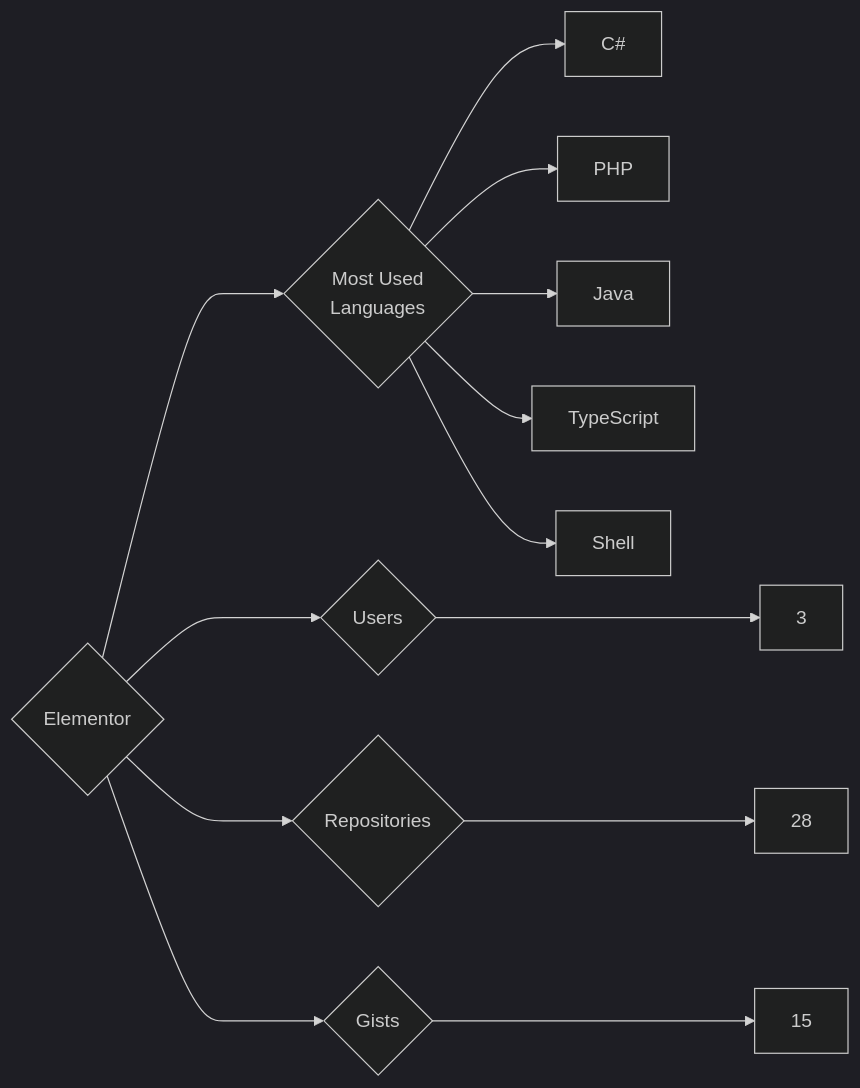
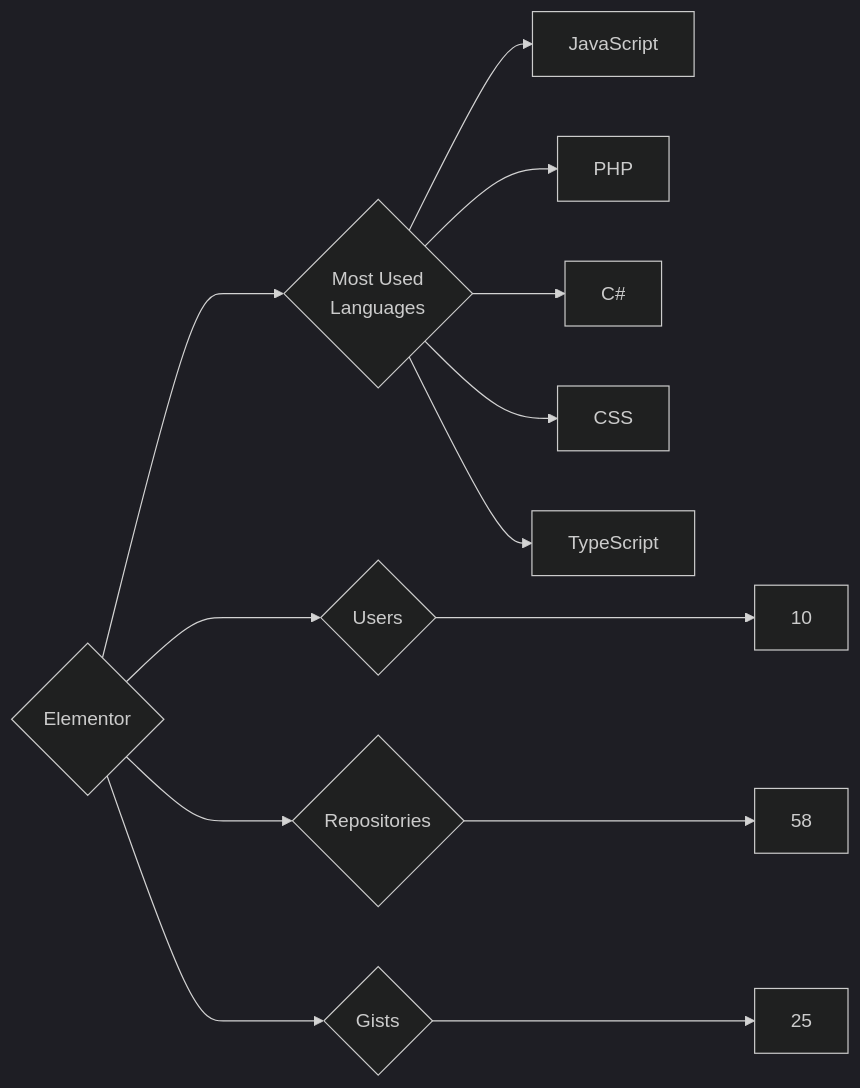
The diagram in targets/Elementor/README.md (trickest/insiders), drawn with Mermaid (dark theme) before and after one commit. The commit also changed 872 other files, not shown here.

````diff
--- a/targets/Elementor/README.md
+++ b/targets/Elementor/README.md
@@ -3,13 +3,13 @@
 ```mermaid
 graph LR
 COMPANY_NAME{Elementor}
-COMPANY_NAME ---> U{Users} ---> UN[3]
-COMPANY_NAME ---> R{Repositories} ---> RN[28]
-COMPANY_NAME ---> G{Gists} ---> GN[15]
+COMPANY_NAME ---> U{Users} ---> UN[10]
+COMPANY_NAME ---> R{Repositories} ---> RN[58]
+COMPANY_NAME ---> G{Gists} ---> GN[25]
 COMPANY_NAME ---> ML{Most Used<br>Languages}
+ML --> JavaScript[JavaScript]
+ML --> PHP[PHP]
 ML --> C#[C#]
-ML --> PHP[PHP]
-ML --> Java[Java]
+ML --> CSS[CSS]
 ML --> TypeScript[TypeScript]
-ML --> Shell[Shell]
 ```
````
